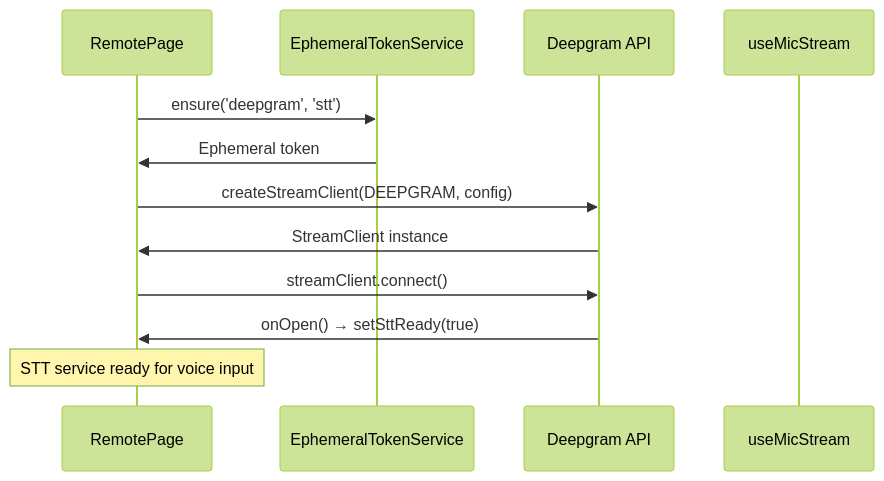
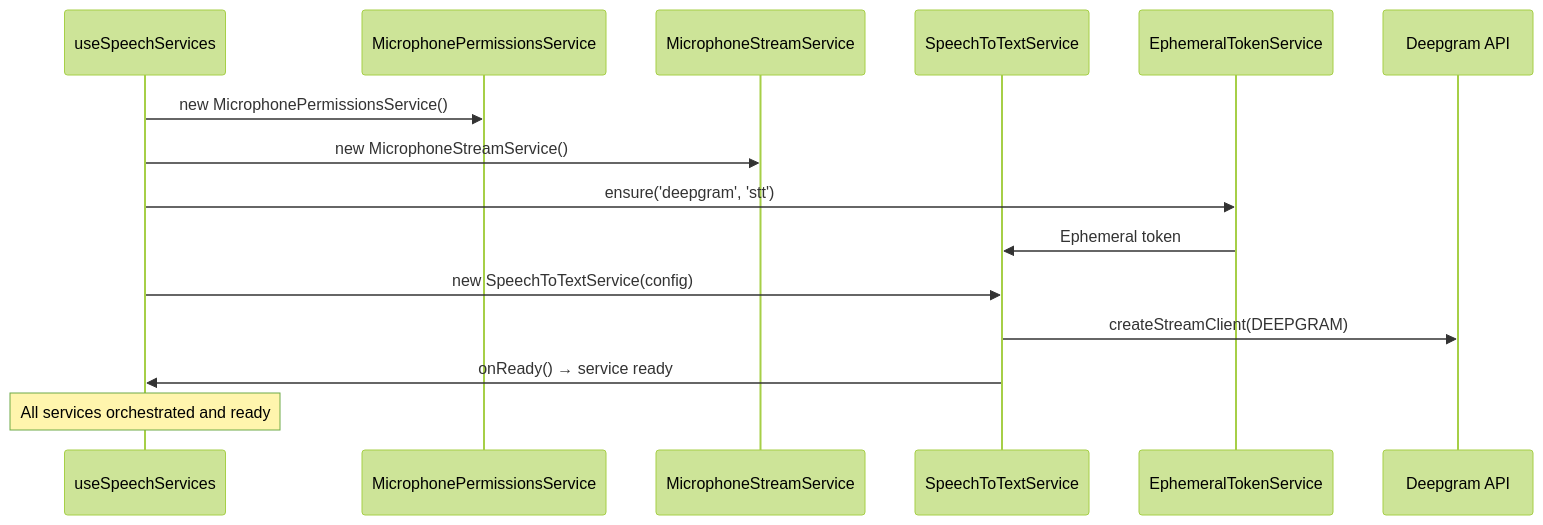
The fourth of 6 diagrams in src/docs/pages/remote/messaging.md (RoyAtUneeQ/kiosk-sama), drawn with Mermaid (forest theme) before and after one commit. The commit also changed other lines of this file and 6 other files, not shown here.

````diff
--- a/src/docs/pages/remote/messaging.md
+++ b/src/docs/pages/remote/messaging.md
@@ -108,16 +110,19 @@
 ```mermaid
 sequenceDiagram
-    participant RemotePage as RemotePage
+    participant Hook as useSpeechServices
+    participant PermService as MicrophonePermissionsService
+    participant StreamService as MicrophoneStreamService  
+    participant STTService as SpeechToTextService
     participant TokenService as EphemeralTokenService
     participant Deepgram as Deepgram API
-    participant MicStream as useMicStream
     
-    RemotePage->>TokenService: ensure('deepgram', 'stt')
-    TokenService->>RemotePage: Ephemeral token
-    RemotePage->>Deepgram: createStreamClient(DEEPGRAM, config)
-    Deepgram->>RemotePage: StreamClient instance
-    RemotePage->>Deepgram: streamClient.connect()
-    Deepgram->>RemotePage: onOpen() → setSttReady(true)
+    Hook->>PermService: new MicrophonePermissionsService()
+    Hook->>StreamService: new MicrophoneStreamService()
+    Hook->>TokenService: ensure('deepgram', 'stt')
+    TokenService->>STTService: Ephemeral token
+    Hook->>STTService: new SpeechToTextService(config)
+    STTService->>Deepgram: createStreamClient(DEEPGRAM)
+    STTService->>Hook: onReady() → service ready
     
-    Note over RemotePage: STT service ready for voice input
+    Note over Hook: All services orchestrated and ready
 ```
````
